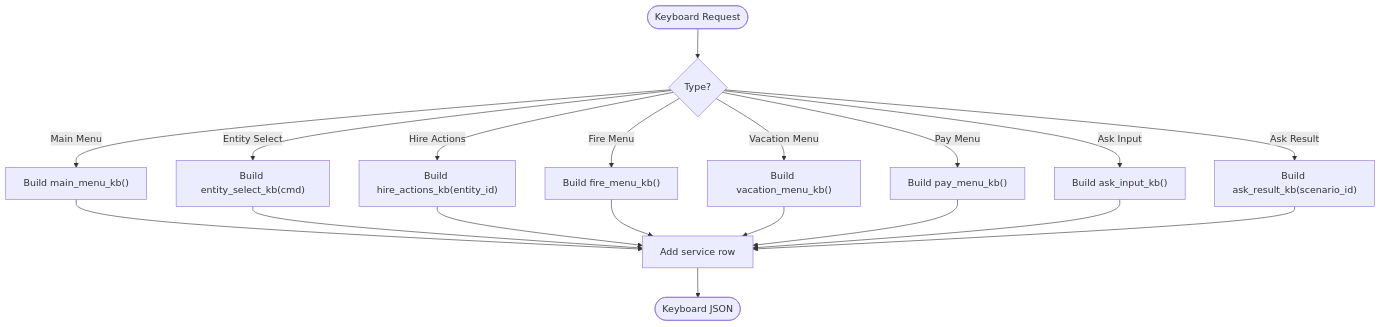
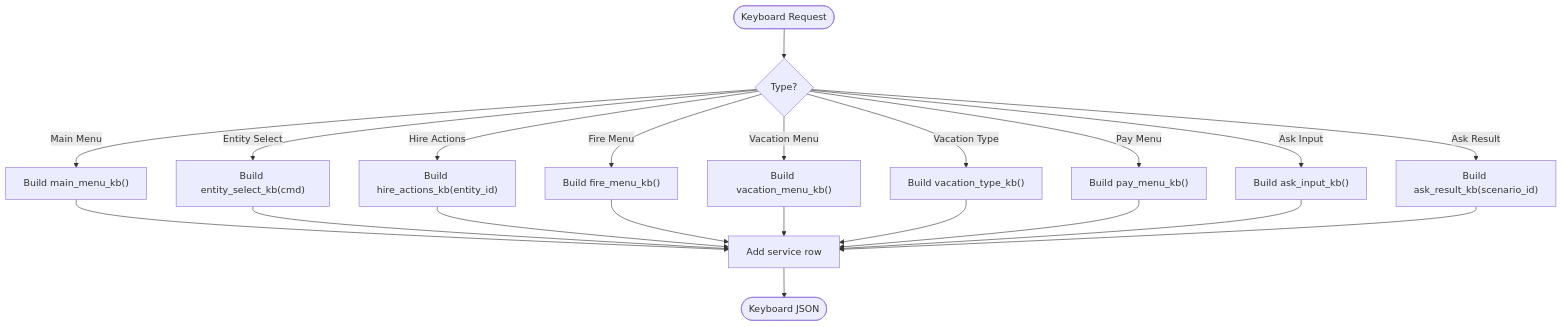
Before and after one commit to ognelis/cafetera_hr_bot: the seventh of 12 diagrams in .qoder/repowiki/en/content/VK Integration/Domain Content Management.md, drawn with Mermaid. The commit also changed other lines of this file and 26 other files, not shown here.

````diff
--- a/.qoder/repowiki/en/content/VK Integration/Domain Content Management.md
+++ b/.qoder/repowiki/en/content/VK Integration/Domain Content Management.md
@@ -330,21 +330,23 @@
 ```mermaid
 flowchart TD
 Start(["Keyboard Request"]) --> Type{"Type?"}
 Type --> |Main Menu| BuildMain["Build main_menu_kb()"]
 Type --> |Entity Select| BuildEntity["Build entity_select_kb(cmd)"]
 Type --> |Hire Actions| BuildHire["Build hire_actions_kb(entity_id)"]
 Type --> |Fire Menu| BuildFire["Build fire_menu_kb()"]
 Type --> |Vacation Menu| BuildVaca["Build vacation_menu_kb()"]
+Type --> |Vacation Type| BuildVacaType["Build vacation_type_kb()"]
 Type --> |Pay Menu| BuildPay["Build pay_menu_kb()"]
 Type --> |Ask Input| BuildAskInput["Build ask_input_kb()"]
 Type --> |Ask Result| BuildAskResult["Build ask_result_kb(scenario_id)"]
 BuildMain --> AddService["Add service row"]
 BuildEntity --> AddService
 BuildHire --> AddService
 BuildFire --> AddService
 BuildVaca --> AddService
+BuildVacaType --> AddService
 BuildPay --> AddService
 BuildAskInput --> AddService
 BuildAskResult --> AddService
 AddService --> End(["Keyboard JSON"])
 ```
````
